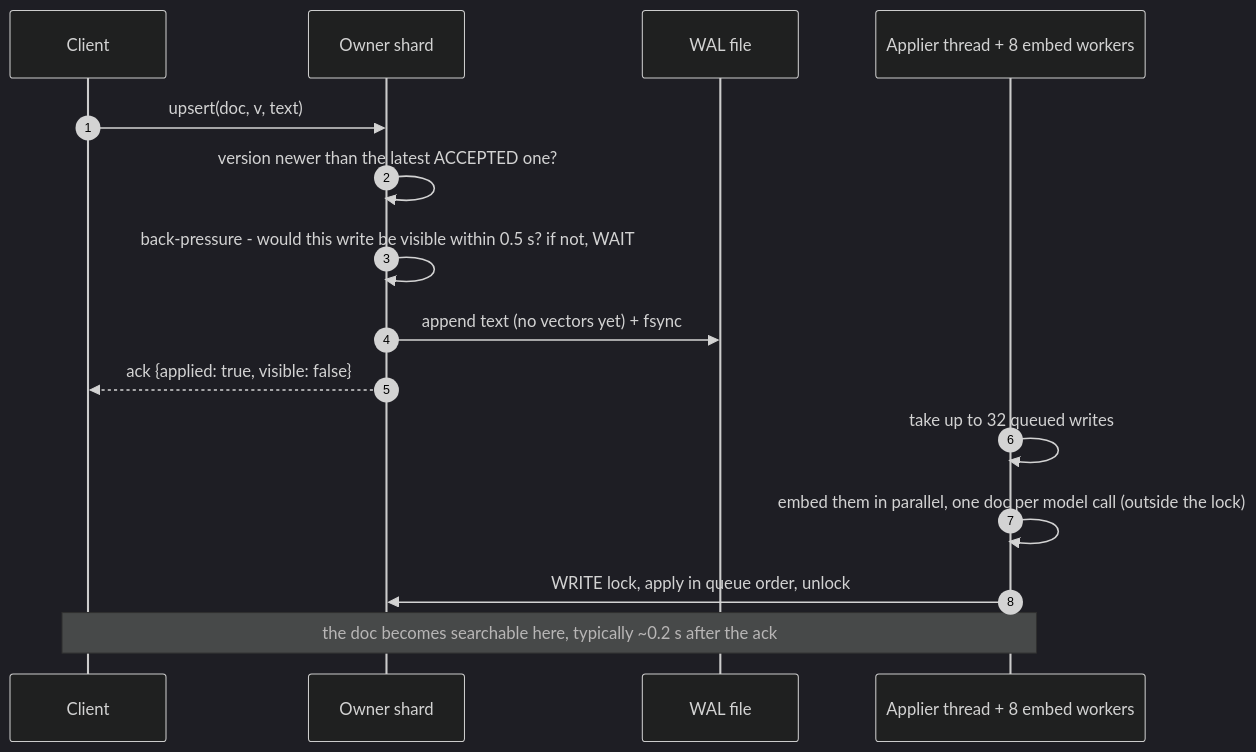
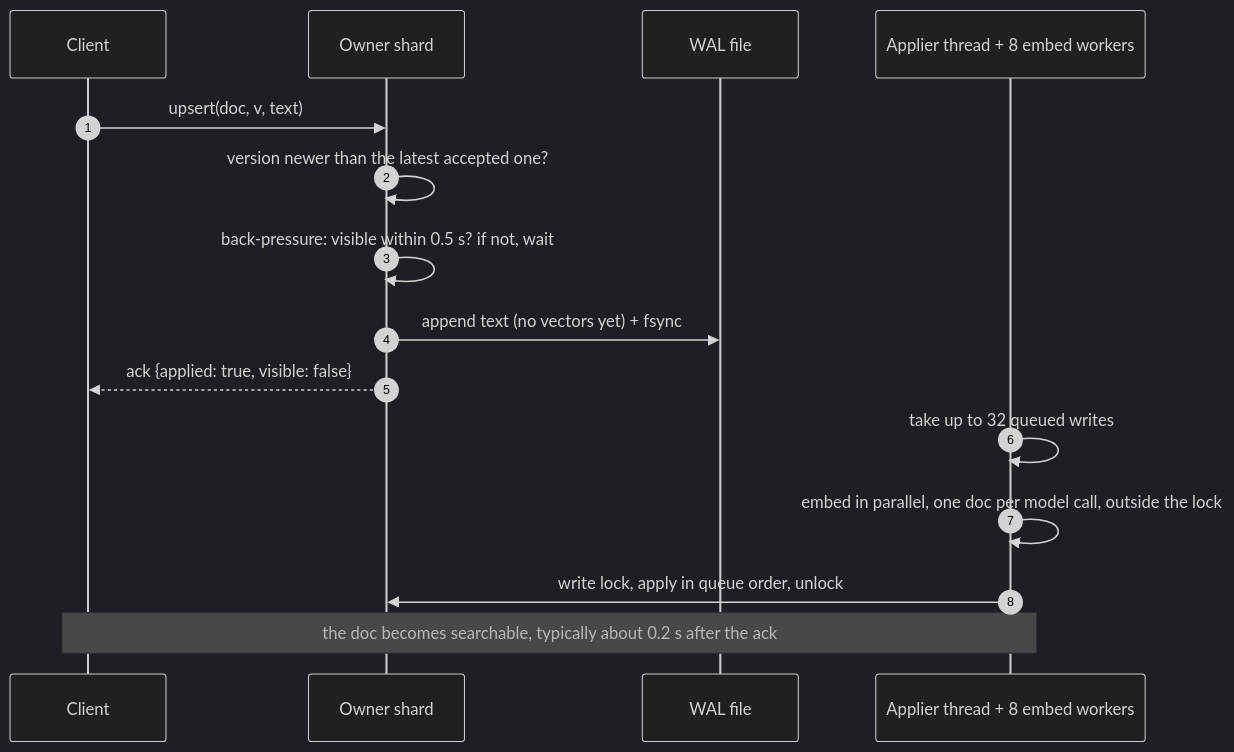
The sixth of 8 diagrams in docs/from_zero/07_part_b_distributed.md (node31/fiqa-agentic-retrieval), drawn with Mermaid (dark theme) before and after one commit. The commit also changed other lines of this file and 9 other files, not shown here.

````diff
--- a/docs/from_zero/07_part_b_distributed.md
+++ b/docs/from_zero/07_part_b_distributed.md
@@ -366,17 +234,17 @@
 ```mermaid
 sequenceDiagram
     autonumber
     participant C as Client
     participant S as Owner shard
     participant W as WAL file
     participant A as Applier thread + 8 embed workers
     C->>S: upsert(doc, v, text)
-    S->>S: version newer than the latest ACCEPTED one?
-    S->>S: back-pressure - would this write be visible within 0.5 s? if not, WAIT
+    S->>S: version newer than the latest accepted one?
+    S->>S: back-pressure: visible within 0.5 s? if not, wait
     S->>W: append text (no vectors yet) + fsync
     S-->>C: ack {applied: true, visible: false}
     A->>A: take up to 32 queued writes
-    A->>A: embed them in parallel, one doc per model call (outside the lock)
-    A->>S: WRITE lock, apply in queue order, unlock
-    Note over C,A: the doc becomes searchable here, typically ~0.2 s after the ack
+    A->>A: embed in parallel, one doc per model call, outside the lock
+    A->>S: write lock, apply in queue order, unlock
+    Note over C,A: the doc becomes searchable, typically about 0.2 s after the ack
 ```
````
